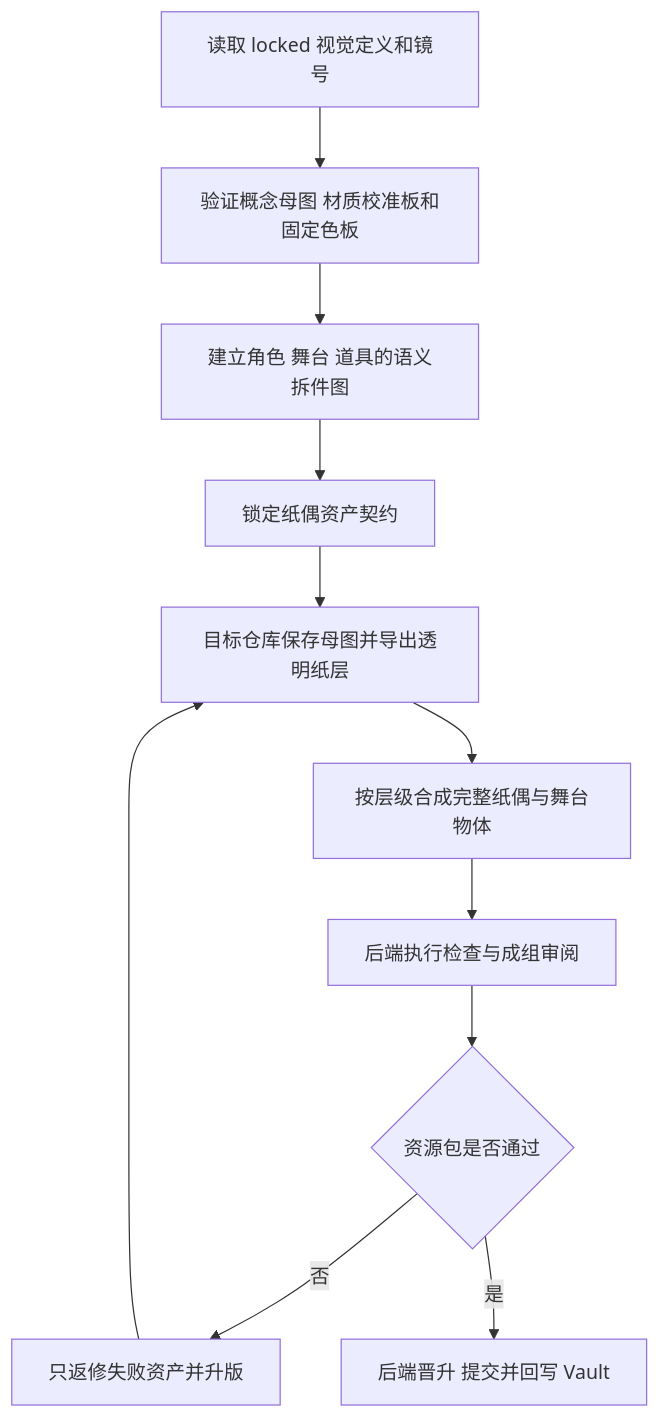
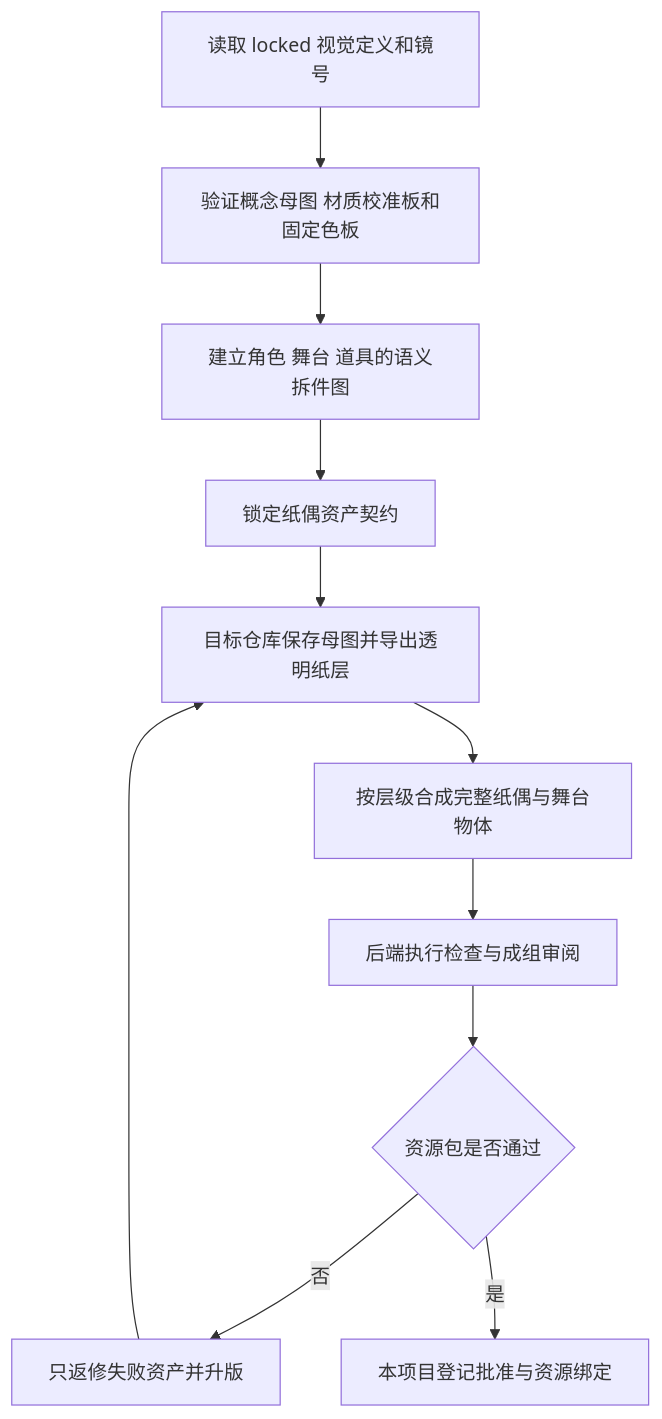
Before and after one commit to lseyesl/skills: the diagram in skills/ancient-tales-production/references/工作流-纸偶小剧场静态资产.md, drawn with Mermaid. The commit also changed other lines of this file and 47 other files, not shown here.

````diff
--- a/skills/ancient-tales-production/references/工作流-纸偶小剧场静态资产.md
+++ b/skills/ancient-tales-production/references/工作流-纸偶小剧场静态资产.md
@@ -121,13 +121,13 @@
 ```mermaid
 flowchart TD
     A[读取 locked 视觉定义和镜号] --> B[验证概念母图 材质校准板和固定色板]
     B --> C[建立角色 舞台 道具的语义拆件图]
     C --> D[锁定纸偶资产契约]
     D --> E[目标仓库保存母图并导出透明纸层]
     E --> E1[按层级合成完整纸偶与舞台物体]
     E1 --> F[后端执行检查与成组审阅]
     F --> G{资源包是否通过}
     G -->|否| H[只返修失败资产并升版]
     H --> E
-    G -->|是| I[后端晋升 提交并回写 Vault]
+    G -->|是| I[本项目登记批准与资源绑定]
 ```
````
